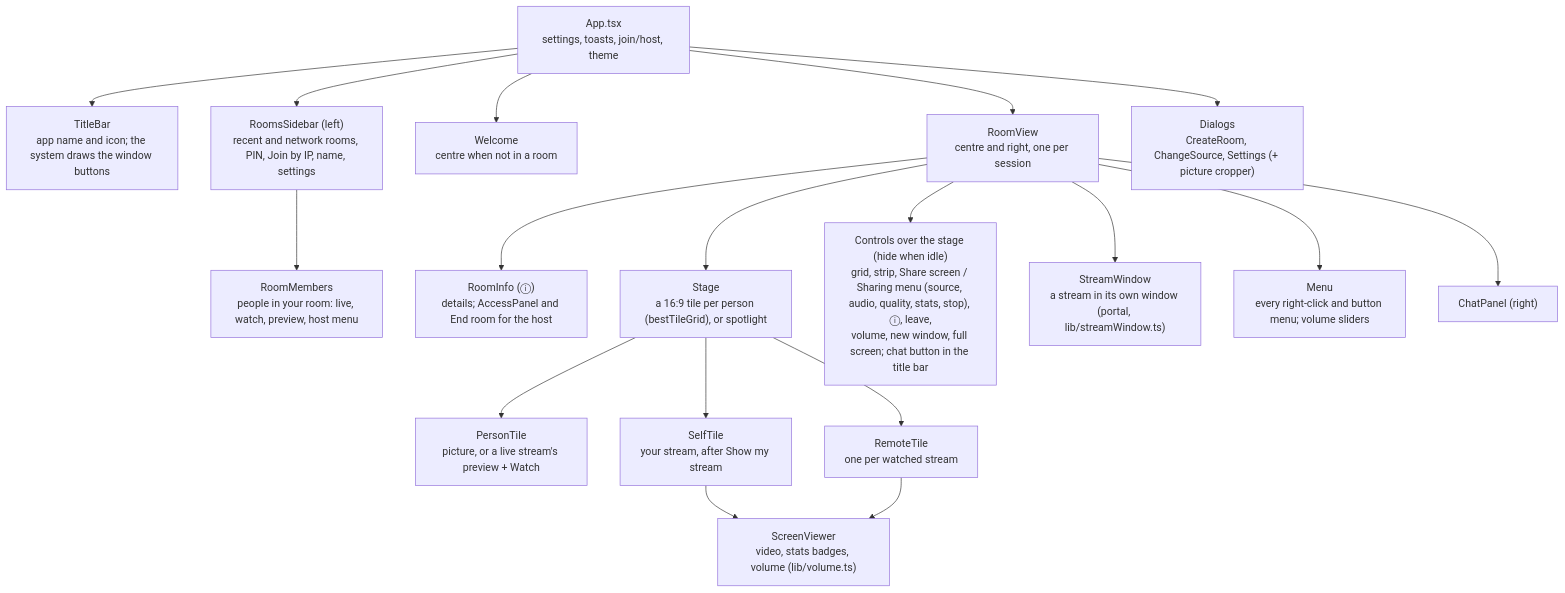
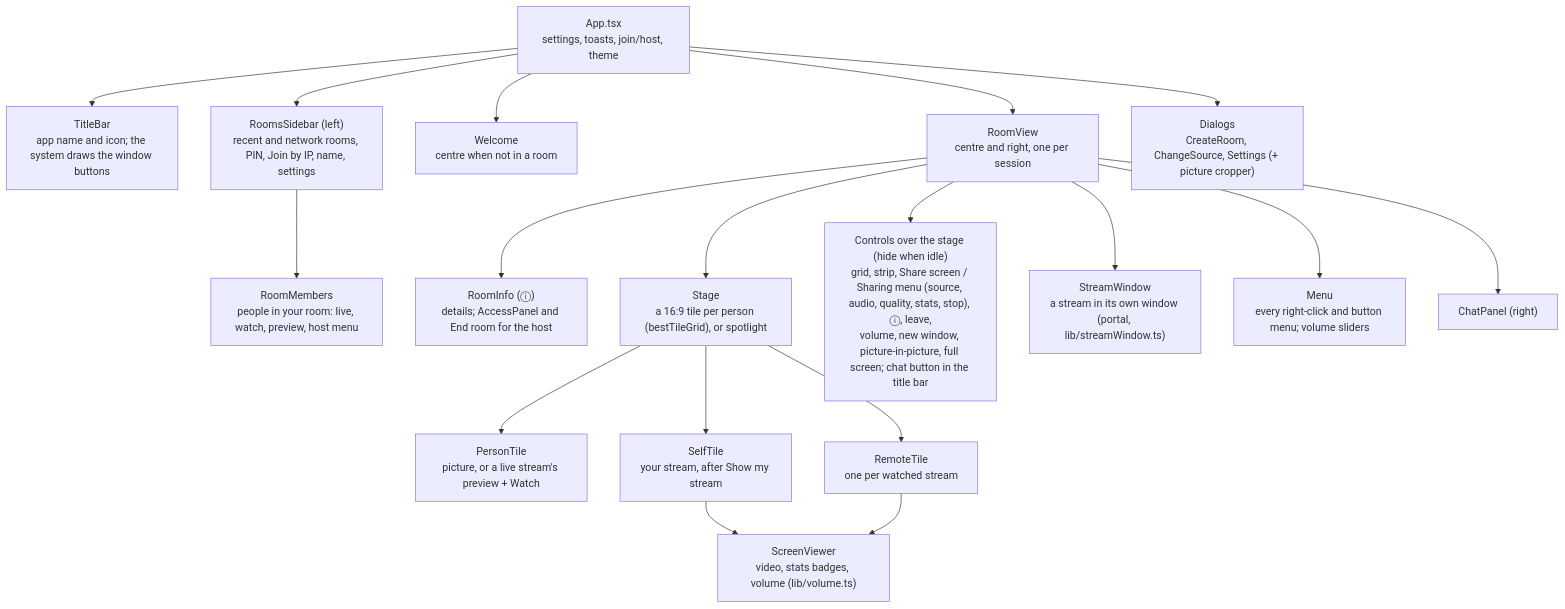
The fifth of 8 diagrams in docs/en-US/architecture.md (nsfxu/lan-screenshare), drawn with Mermaid before and after one commit. The commit also changed 19 other files, not shown here.

````diff
--- a/docs/en-US/architecture.md
+++ b/docs/en-US/architecture.md
@@ -276,21 +276,21 @@
 ```mermaid
 flowchart TB
   App["App.tsx<br/>settings, toasts, join/host, theme"]
   App --> Title["TitleBar<br/>app name and icon; the system draws the window buttons"]
   App --> Rooms["RoomsSidebar (left)<br/>recent and network rooms, PIN, Join by IP, name, settings"]
   Rooms --> Members["RoomMembers<br/>people in your room: live, watch, preview, host menu"]
   App --> Welcome["Welcome<br/>centre when not in a room"]
   App --> Room["RoomView<br/>centre and right, one per session"]
   App --> Dlg["Dialogs<br/>CreateRoom, ChangeSource, Settings (+ picture cropper)"]
   Room --> Info["RoomInfo (ⓘ)<br/>details; AccessPanel and End room for the host"]
   Room --> Stage["Stage<br/>a 16:9 tile per person (bestTileGrid), or spotlight"]
   Stage --> Person["PersonTile<br/>picture, or a live stream's preview + Watch"]
   Stage --> Self["SelfTile<br/>your stream, after Show my stream"]
   Stage --> Remote["RemoteTile<br/>one per watched stream"]
   Self --> SV["ScreenViewer<br/>video, stats badges, volume (lib/volume.ts)"]
   Remote --> SV
-  Room --> Bar["Controls over the stage (hide when idle)<br/>grid, strip, Share screen / Sharing menu (source, audio, quality, stats, stop), ⓘ, leave,<br/>volume, new window, full screen; chat button in the title bar"]
+  Room --> Bar["Controls over the stage (hide when idle)<br/>grid, strip, Share screen / Sharing menu (source, audio, quality, stats, stop), ⓘ, leave,<br/>volume, new window, picture-in-picture, full screen; chat button in the title bar"]
   Room --> SW["StreamWindow<br/>a stream in its own window (portal, lib/streamWindow.ts)"]
   Room --> Menu["Menu<br/>every right-click and button menu; volume sliders"]
   Room --> Chat["ChatPanel (right)"]
 ```
````
